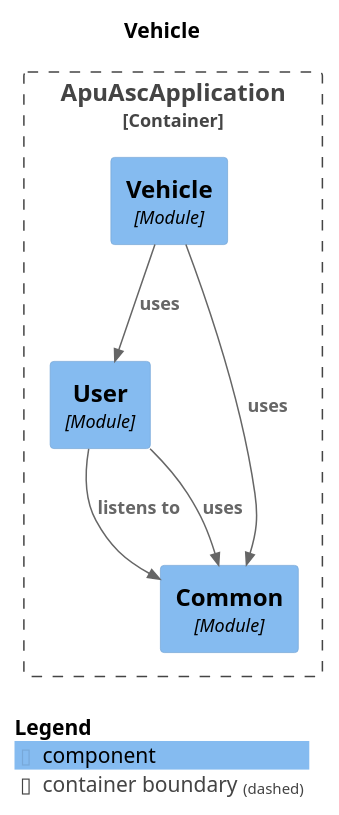
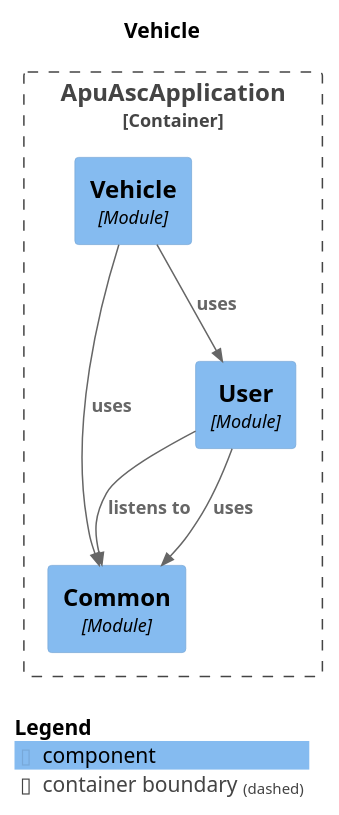
The diagram in docs/diagrams/puml/module-vehicle.puml (ryanlau1220/APU-ASC), drawn with PlantUML before and after one commit. The commit also changed other lines of this file and 14 other files, not shown here.

Commit message:
reorder C4 component definitions and relationship entries for consistency across module diagrams

```diff
--- a/docs/diagrams/puml/module-vehicle.puml
+++ b/docs/diagrams/puml/module-vehicle.puml
@@ -1,23 +1,23 @@
 @startuml
 set separator none
 title Vehicle
 
 top to bottom direction
 
 !include <C4/C4>
 !include <C4/C4_Context>
 !include <C4/C4_Component>
 
 Container_Boundary("ApuAscApplication.ApuAscApplication_boundary", "ApuAscApplication", $tags="") {
+  Component(ApuAscApplication.ApuAscApplication.Common, "Common", $techn="Module", $descr="", $tags="", $link="")
   Component(ApuAscApplication.ApuAscApplication.User, "User", $techn="Module", $descr="", $tags="", $link="")
   Component(ApuAscApplication.ApuAscApplication.Vehicle, "Vehicle", $techn="Module", $descr="", $tags="", $link="")
-  Component(ApuAscApplication.ApuAscApplication.Common, "Common", $techn="Module", $descr="", $tags="", $link="")
 }
 
-Rel(ApuAscApplication.ApuAscApplication.Vehicle, ApuAscApplication.ApuAscApplication.User, "uses", $techn="", $tags="", $link="")
-Rel(ApuAscApplication.ApuAscApplication.Vehicle, ApuAscApplication.ApuAscApplication.Common, "uses", $techn="", $tags="", $link="")
 Rel(ApuAscApplication.ApuAscApplication.User, ApuAscApplication.ApuAscApplication.Common, "listens to", $techn="", $tags="", $link="")
 Rel(ApuAscApplication.ApuAscApplication.User, ApuAscApplication.ApuAscApplication.Common, "uses", $techn="", $tags="", $link="")
+Rel(ApuAscApplication.ApuAscApplication.Vehicle, ApuAscApplication.ApuAscApplication.Common, "uses", $techn="", $tags="", $link="")
+Rel(ApuAscApplication.ApuAscApplication.Vehicle, ApuAscApplication.ApuAscApplication.User, "uses", $techn="", $tags="", $link="")
 
 SHOW_LEGEND(true)
 @enduml
```
